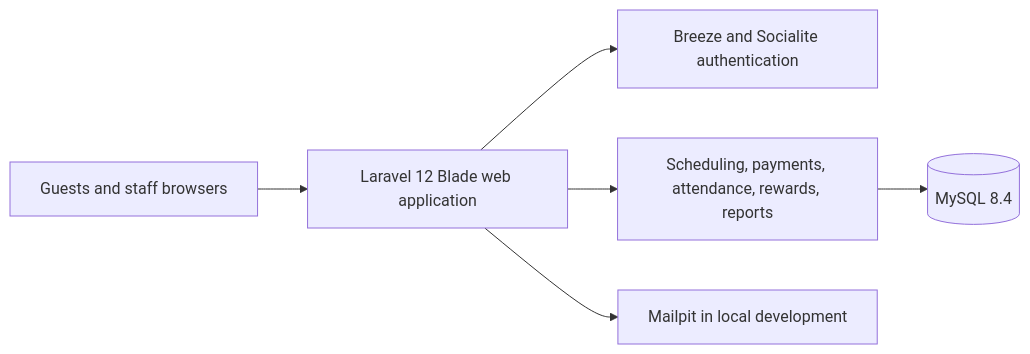
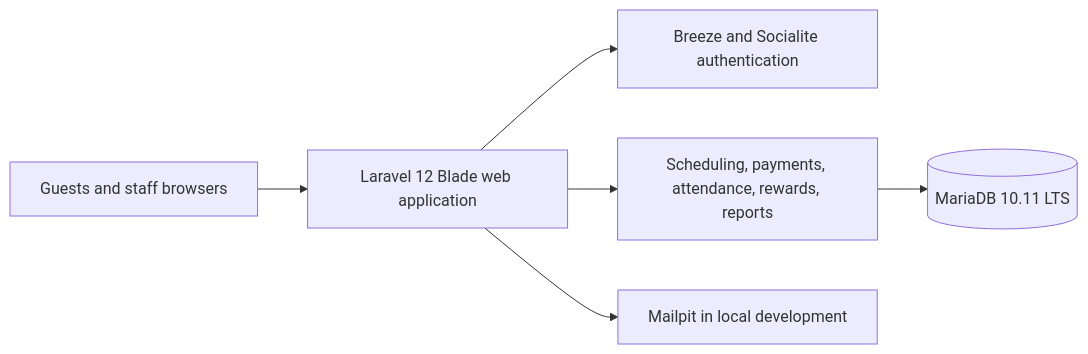
Before and after one commit to ehrin08/Casa-Paraiso: the diagram in docs/system-architecture.mmd, drawn with Mermaid. The commit also changed 5 other files, not shown here.

```diff
--- a/docs/system-architecture.mmd
+++ b/docs/system-architecture.mmd
@@ -1,6 +1,6 @@
 flowchart LR
     Browser["Guests and staff browsers"] --> Web["Laravel 12 Blade web application"]
     Web --> Auth["Breeze and Socialite authentication"]
     Web --> Domain["Scheduling, payments, attendance, rewards, reports"]
-    Domain --> MySQL[("MySQL 8.4")]
+    Domain --> MariaDB[("MariaDB 10.11 LTS")]
     Web --> Mailpit["Mailpit in local development"]
```
